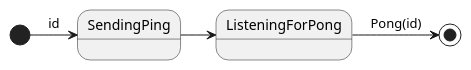
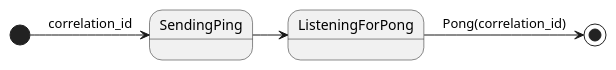
The second of 4 diagrams in README.org (peterpaul/kafka-ping-stm), drawn with PlantUML before and after one commit. The commit also changed other lines of this file and 10 other files, not shown here.

First line of the commit message:
Extract Ping and Pong messages and share between Client and Server

```diff
--- a/README.org
+++ b/README.org
@@ -65,5 +82,5 @@
 #+begin_src plantuml :file ping.svg
-  [*] -> SendingPing: id
+  [*] -> SendingPing: correlation_id
   SendingPing -> ListeningForPong
-  ListeningForPong -> [*]: Pong(id)
+  ListeningForPong -> [*]: Pong(correlation_id)
 #+end_src
```
